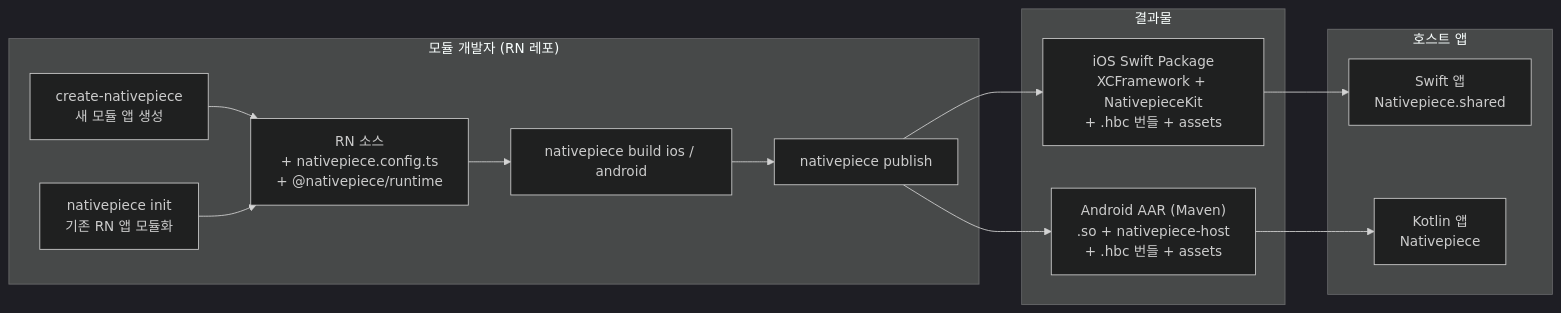
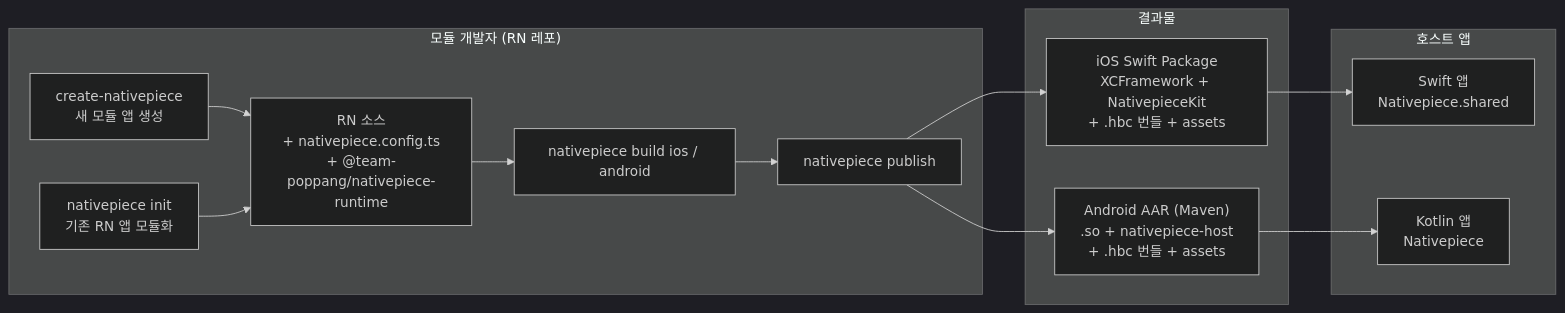
The diagram in docs/tech-spec.md (team-PopPang/Nativepiece), drawn with Mermaid (dark theme) before and after one commit. The commit also changed other lines of this file and 16 other files, not shown here.

First line of the commit message:
Publish npm packages to GitHub Packages under @team-poppang

````diff
--- a/docs/tech-spec.md
+++ b/docs/tech-spec.md
@@ -99,26 +99,26 @@
 ```mermaid
 flowchart LR
   subgraph Dev["모듈 개발자 (RN 레포)"]
     C1["create-nativepiece<br/>새 모듈 앱 생성"]
     C2["nativepiece init<br/>기존 RN 앱 모듈화"]
-    SRC["RN 소스<br/>+ nativepiece.config.ts<br/>+ @nativepiece/runtime"]
+    SRC["RN 소스<br/>+ nativepiece.config.ts<br/>+ @team-poppang/nativepiece-runtime"]
     B["nativepiece build ios / android"]
     P["nativepiece publish"]
     C1 --> SRC
     C2 --> SRC
     SRC --> B --> P
   end
 
   subgraph Out["결과물"]
     SPM["iOS Swift Package<br/>XCFramework + NativepieceKit<br/>+ .hbc 번들 + assets"]
     AAR["Android AAR (Maven)<br/>.so + nativepiece-host<br/>+ .hbc 번들 + assets"]
   end
 
   subgraph Host["호스트 앱"]
     IOS["Swift 앱<br/>Nativepiece.shared"]
     AND["Kotlin 앱<br/>Nativepiece"]
   end
 
   P --> SPM --> IOS
   P --> AAR --> AND
 ```
````
